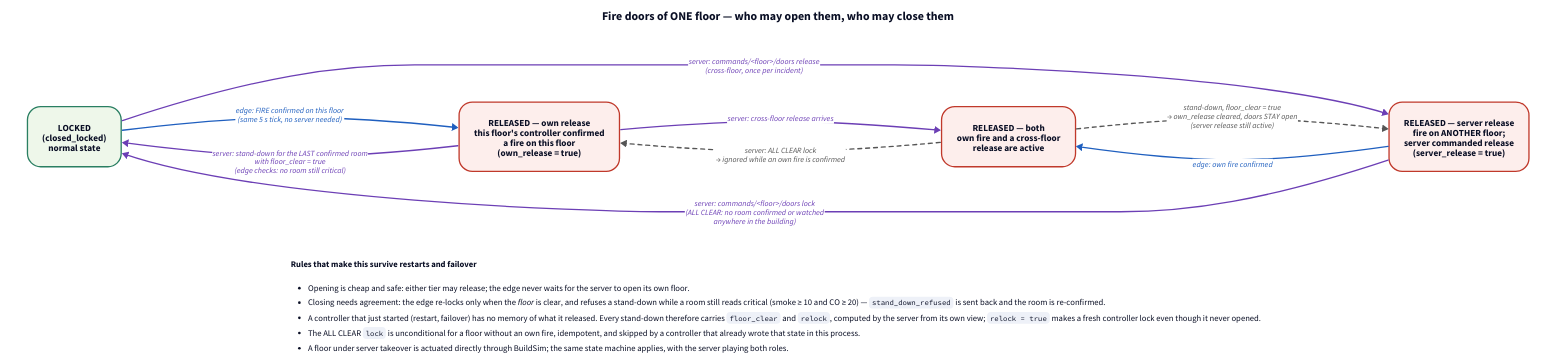
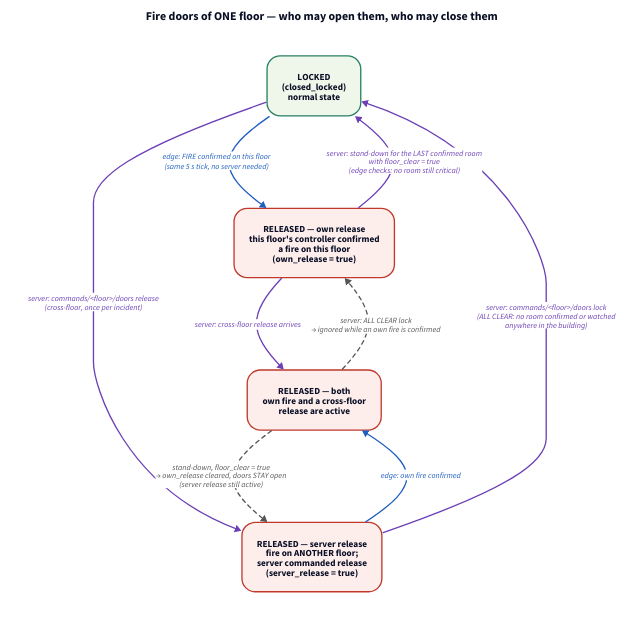
Before and after one commit to applied-ai-ltu/d7065e: the diagram in docs/diagrams/04-door-ownership.d2, drawn with D2. The commit also changed 25 other files, not shown here.

```diff
--- a/docs/diagrams/04-door-ownership.d2
+++ b/docs/diagrams/04-door-ownership.d2
@@ -1,51 +1,38 @@
-direction: right
+direction: down
 
 classes: {
   locked: {style: {border-radius: 20; stroke: "#2a7f62"; fill: "#eef7ea"; font-size: 14; bold: true; stroke-width: 2}}
   released: {style: {border-radius: 20; stroke: "#c0392b"; fill: "#fdeeec"; font-size: 14; bold: true; stroke-width: 2}}
   edge: {style: {stroke: "#1f5fbf"; font-color: "#1f5fbf"; font-size: 12}}
   server: {style: {stroke: "#6c3fb5"; font-color: "#6c3fb5"; font-size: 12}}
   guard: {style: {stroke: "#555"; font-color: "#555"; font-size: 12; stroke-dash: 3}}
   box: {style: {stroke-width: 2; border-radius: 8; font-size: 15; bold: true}}
 }
 
 title: "Fire doors of ONE floor — who may open them, who may close them" {
   shape: text
   style.font-size: 18
   style.bold: true
   near: top-center
 }
 
 floor: "" {
   class: box
   style.stroke: transparent
   style.fill: transparent
 
   locked: "LOCKED\n(closed_locked)\nnormal state" {class: locked}
   own: "RELEASED — own release\nthis floor's controller confirmed\na fire on this floor\n(own_release = true)" {class: released}
   srv: "RELEASED — server release\nfire on ANOTHER floor;\nserver commanded release\n(server_release = true)" {class: released}
   both: "RELEASED — both\nown fire and a cross-floor\nrelease are active" {class: released}
 
   locked -> own: "edge: FIRE confirmed on this floor\n(same 5 s tick, no server needed)" {class: edge}
   locked -> srv: "server: commands/<floor>/doors release\n(cross-floor, once per incident)" {class: server}
   own -> both: "server: cross-floor release arrives" {class: server}
   srv -> both: "edge: own fire confirmed" {class: edge}
 
   own -> locked: "server: stand-down for the LAST confirmed room\nwith floor_clear = true\n(edge checks: no room still critical)" {class: server}
   both -> srv: "stand-down, floor_clear = true\n→ own_release cleared, doors STAY open\n(server release still active)" {class: guard}
   srv -> locked: "server: commands/<floor>/doors lock\n(ALL CLEAR: no room confirmed or watched\nanywhere in the building)" {class: server}
   both -> own: "server: ALL CLEAR lock\n→ ignored while an own fire is confirmed" {class: guard}
 }
-
-rules: |md
-  **Rules that make this survive restarts and failover**
-
-  - Opening is cheap and safe: either tier may release; the edge never waits for the server to open its own floor.
-  - Closing needs agreement: the edge re-locks only when the *floor* is clear, and refuses a stand-down while a room still reads critical (smoke ≥ 10 and CO ≥ 20) — `stand_down_refused` is sent back and the room is re-confirmed.
-  - A controller that just started (restart, failover) has no memory of what it released. Every stand-down therefore carries `floor_clear` and `relock`, computed by the server from its own view; `relock = true` makes a fresh controller lock even though it never opened.
-  - The ALL CLEAR `lock` is unconditional for a floor without an own fire, idempotent, and skipped by a controller that already wrote that state in this process.
-  - A floor under server takeover is actuated directly through BuildSim; the same state machine applies, with the server playing both roles.
-| {
-  style.font-size: 13
-  near: bottom-center
-}
```
